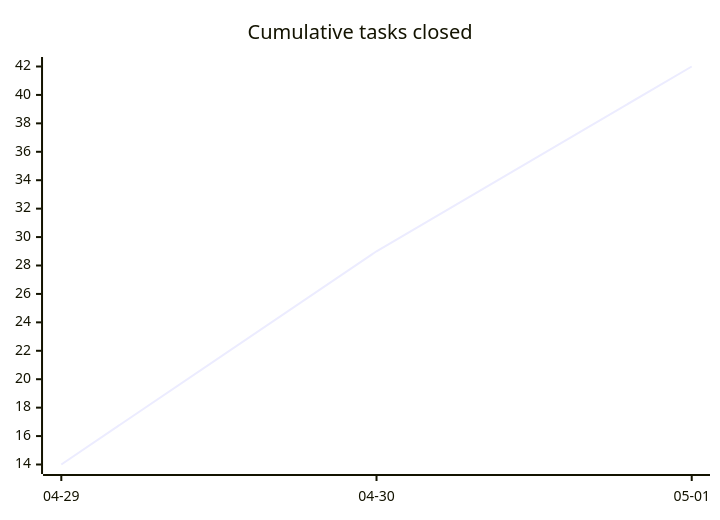
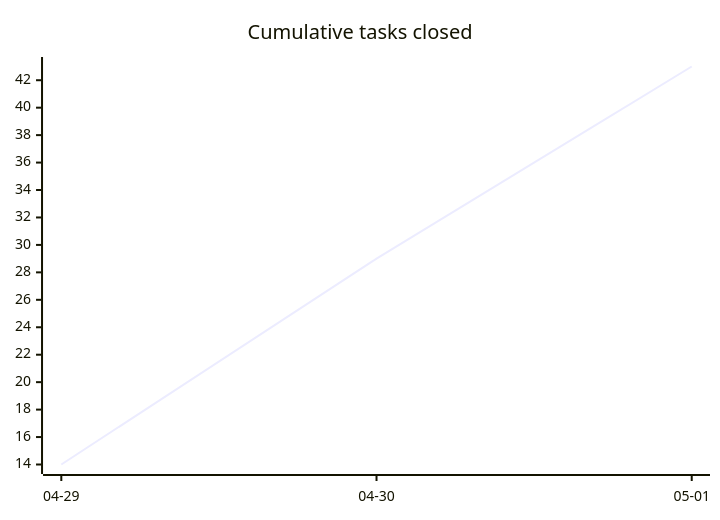
The first of 3 diagrams in docs/developers/tasks/OVERVIEW.md (tgd1975/AwesomeStudioPedal), drawn with Mermaid before and after one commit. The commit also changed other lines of this file and 7 other files, not shown here.

````diff
--- a/docs/developers/tasks/OVERVIEW.md
+++ b/docs/developers/tasks/OVERVIEW.md
@@ -22,6 +22,6 @@
 ```mermaid
 xychart-beta
     title "Cumulative tasks closed"
     x-axis ["04-29", "04-30", "05-01"]
-    line [14, 29, 42]
+    line [14, 29, 43]
 ```
````
